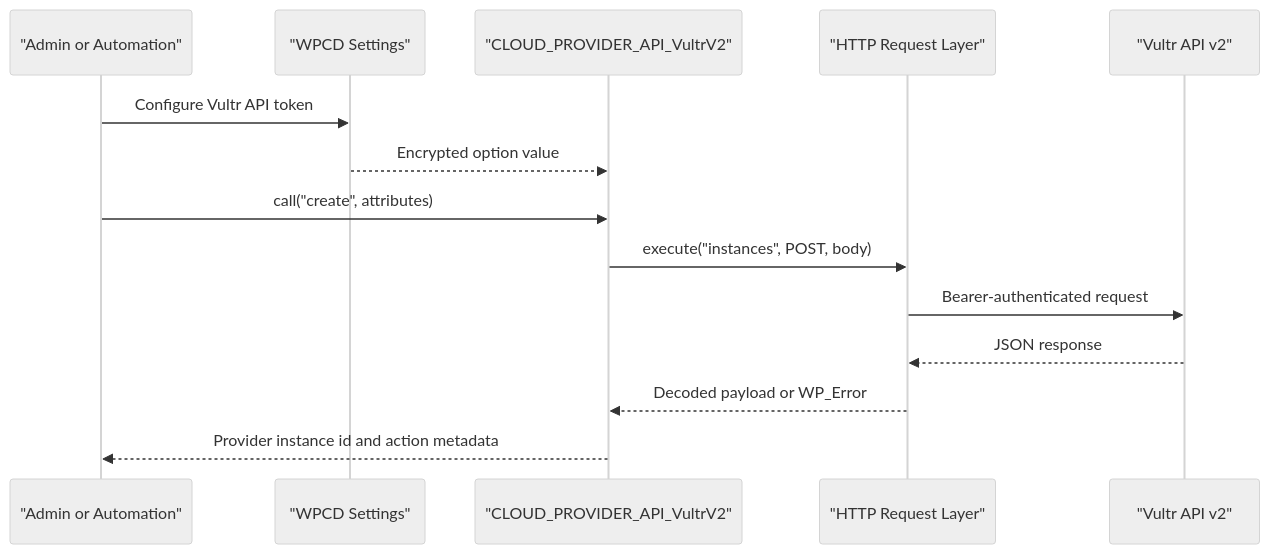
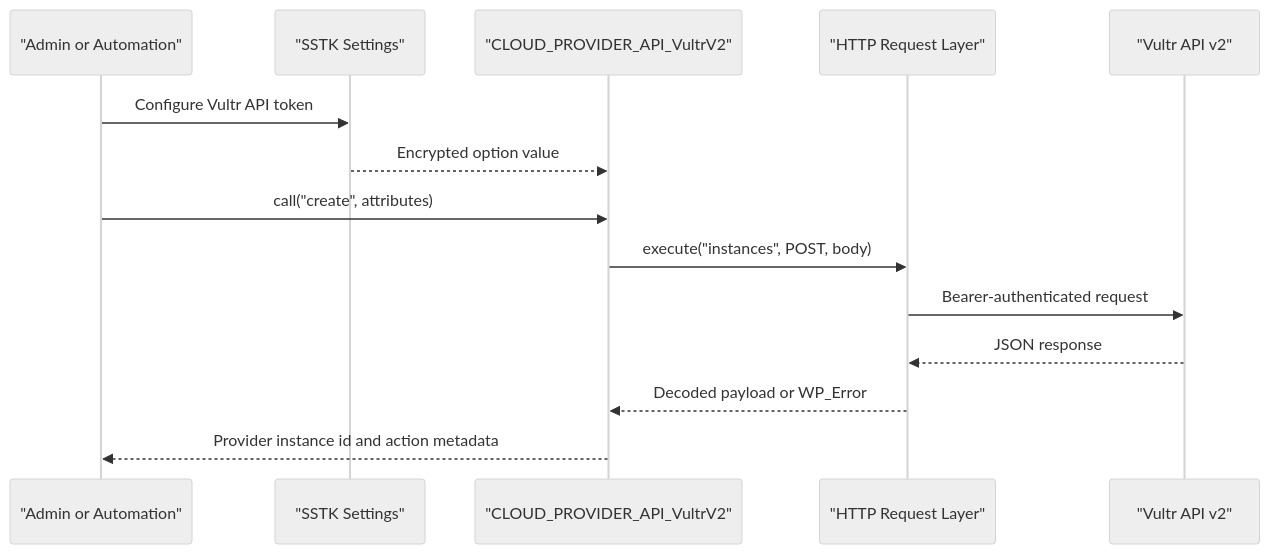
The second of 7 diagrams in .qoder/repowiki/en/content/Cloud Provider Integration/Vultr Provider Implementation.md (onedogsolutions/simple-stack), drawn with Mermaid (neutral theme) before and after one commit. The commit also changed other lines of this file and 5941 other files, not shown here.

````diff
--- a/.qoder/repowiki/en/content/Cloud Provider Integration/Vultr Provider Implementation.md
+++ b/.qoder/repowiki/en/content/Cloud Provider Integration/Vultr Provider Implementation.md
@@ -95,16 +95,16 @@
 ```mermaid
 sequenceDiagram
 participant Admin as "Admin or Automation"
-participant Settings as "WPCD Settings"
+participant Settings as "SSTK Settings"
 participant Provider as "CLOUD_PROVIDER_API_VultrV2"
 participant Transport as "HTTP Request Layer"
 participant Vultr as "Vultr API v2"
 Admin->>Settings : Configure Vultr API token
 Settings-->>Provider : Encrypted option value
 Admin->>Provider : call("create", attributes)
 Provider->>Transport : execute("instances", POST, body)
 Transport->>Vultr : Bearer-authenticated request
 Vultr-->>Transport : JSON response
 Transport-->>Provider : Decoded payload or WP_Error
 Provider-->>Admin : Provider instance id and action metadata
 ```
````
